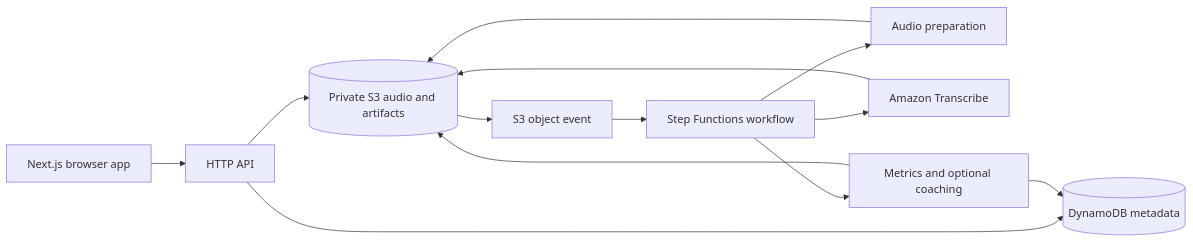
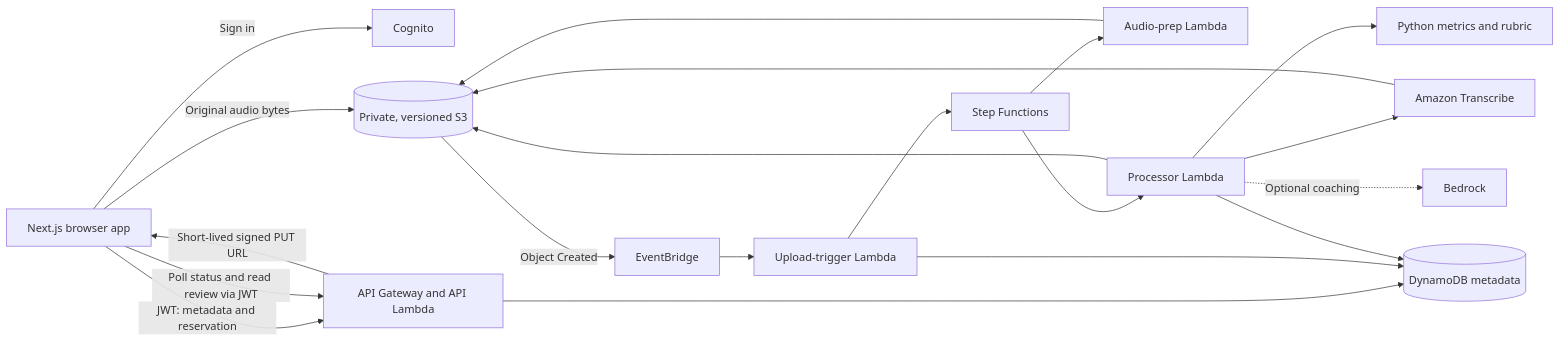
One commit to sux005/DS3_SpeakUp changed the diagram in docs/DesignDoc.md. Above: the diagram before and after it, drawn with Mermaid. The commit also changed other lines of this file and 1 other file, not shown here.

````diff
--- a/docs/DesignDoc.md
+++ b/docs/DesignDoc.md
@@ -20,15 +19,22 @@
 ```mermaid
 flowchart LR
-    Browser[Next.js browser app] --> API[HTTP API]
+    Browser[Next.js browser app] -->|Sign in| Cognito[Cognito]
+    Browser -->|JWT: metadata and reservation| API[API Gateway and API Lambda]
     API --> DDB[(DynamoDB metadata)]
-    API --> S3[(Private S3 audio and artifacts)]
-    S3 --> Event[S3 object event]
-    Event --> SF[Step Functions workflow]
-    SF --> Prep[Audio preparation]
-    SF --> ASR[Amazon Transcribe]
-    SF --> Processor[Metrics and optional coaching]
+    API -->|Short-lived signed PUT URL| Browser
+    Browser -->|Original audio bytes| S3[(Private, versioned S3)]
+    S3 -->|Object Created| EventBridge[EventBridge]
+    EventBridge --> Trigger[Upload-trigger Lambda]
+    Trigger --> DDB
+    Trigger --> Workflow[Step Functions]
+    Workflow --> Prep[Audio-prep Lambda]
     Prep --> S3
-    ASR --> S3
+    Workflow --> Processor[Processor Lambda]
+    Processor --> Transcribe[Amazon Transcribe]
+    Transcribe --> S3
+    Processor --> Scoring[Python metrics and rubric]
+    Processor -.->|Optional coaching| Bedrock[Bedrock]
     Processor --> S3
     Processor --> DDB
+    Browser -->|Poll status and read review via JWT| API
 ```
````
